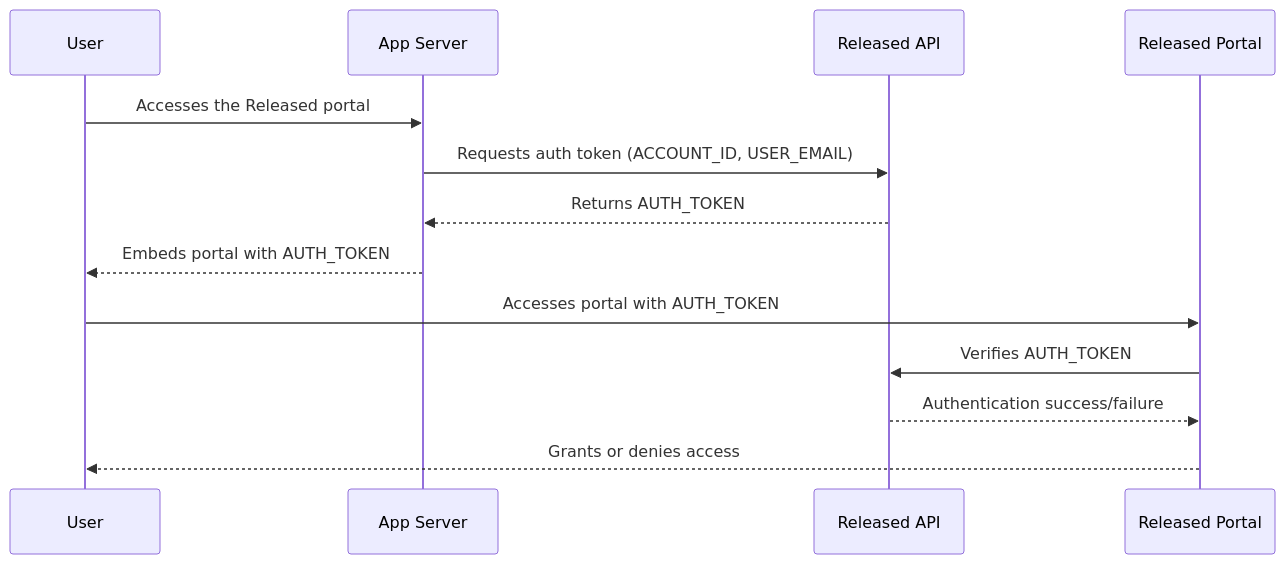
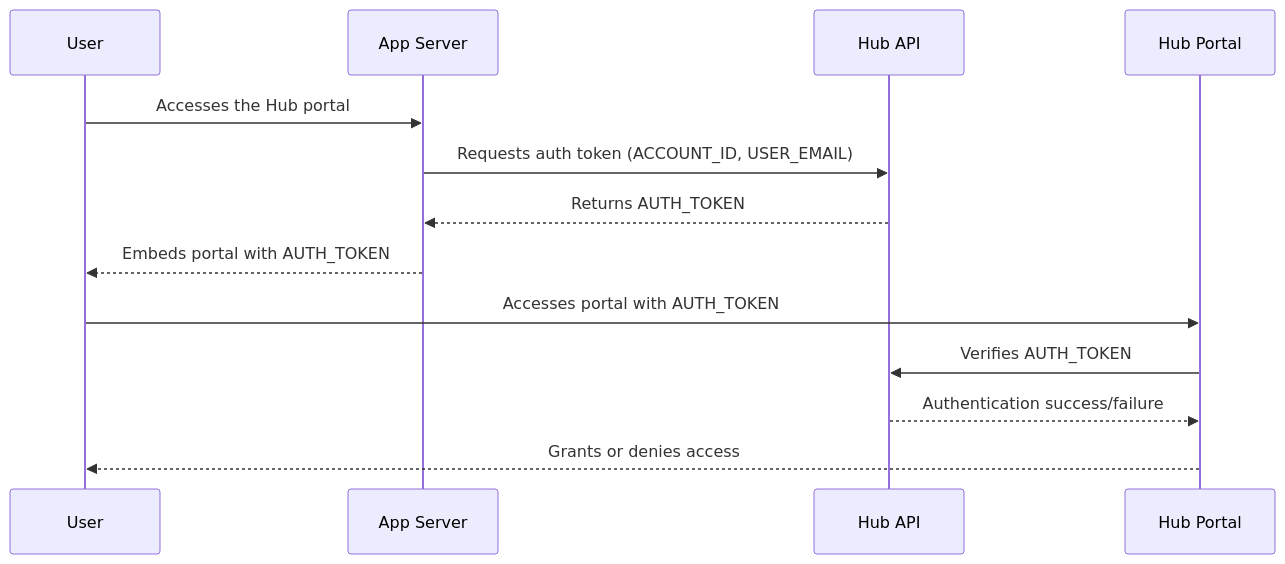
Before and after one commit to released-software/documentation: the diagram in src/content/docs/guide/getting-started/setup-guide/implementing-user-verification.mdx, drawn with Mermaid. The commit also changed other lines of this file and 57 other files, not shown here.

Commit message:
docs: rename Released app to Hub

````diff
--- a/src/content/docs/guide/getting-started/setup-guide/implementing-user-verification.mdx
+++ b/src/content/docs/guide/getting-started/setup-guide/implementing-user-verification.mdx
@@ -26,15 +26,15 @@
 ```mermaid
 sequenceDiagram
     participant User
     participant App Server
-    participant Released API
-    participant Released Portal
-    User ->> App Server: Accesses the Released portal
-    App Server ->> Released API: Requests auth token (ACCOUNT_ID, USER_EMAIL)
-    Released API -->> App Server: Returns AUTH_TOKEN
+    participant Hub API
+    participant Hub Portal
+    User ->> App Server: Accesses the Hub portal
+    App Server ->> Hub API: Requests auth token (ACCOUNT_ID, USER_EMAIL)
+    Hub API -->> App Server: Returns AUTH_TOKEN
     App Server -->> User: Embeds portal with AUTH_TOKEN
-    User ->> Released Portal: Accesses portal with AUTH_TOKEN
-    Released Portal ->> Released API: Verifies AUTH_TOKEN
-    Released API -->> Released Portal: Authentication success/failure
-    Released Portal -->> User: Grants or denies access
+    User ->> Hub Portal: Accesses portal with AUTH_TOKEN
+    Hub Portal ->> Hub API: Verifies AUTH_TOKEN
+    Hub API -->> Hub Portal: Authentication success/failure
+    Hub Portal -->> User: Grants or denies access
 ```
````
